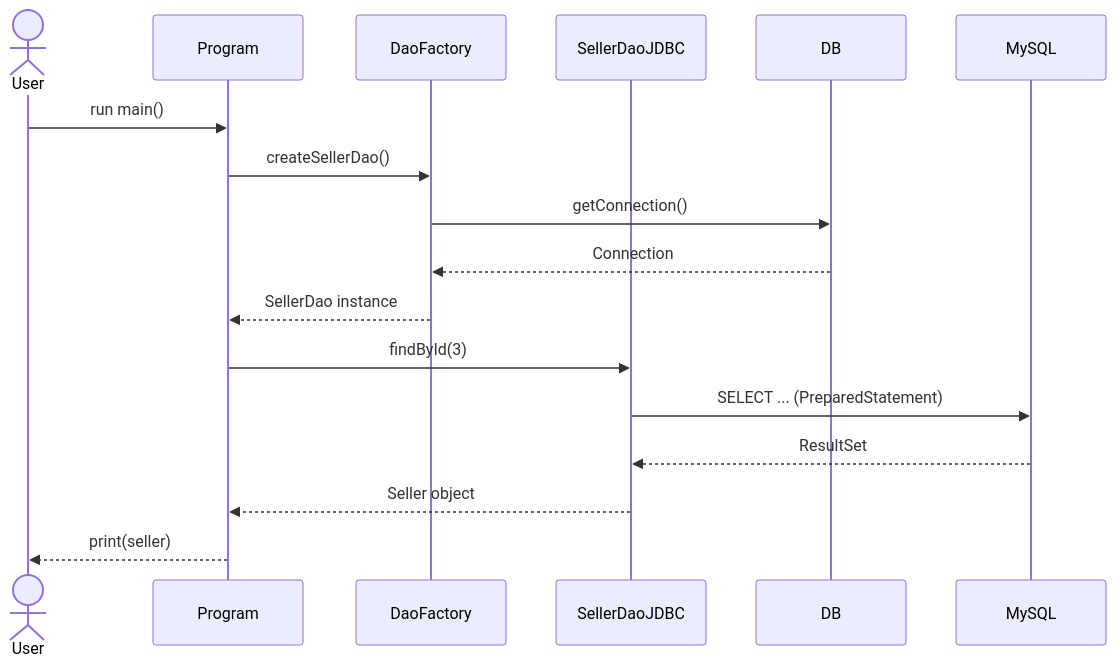
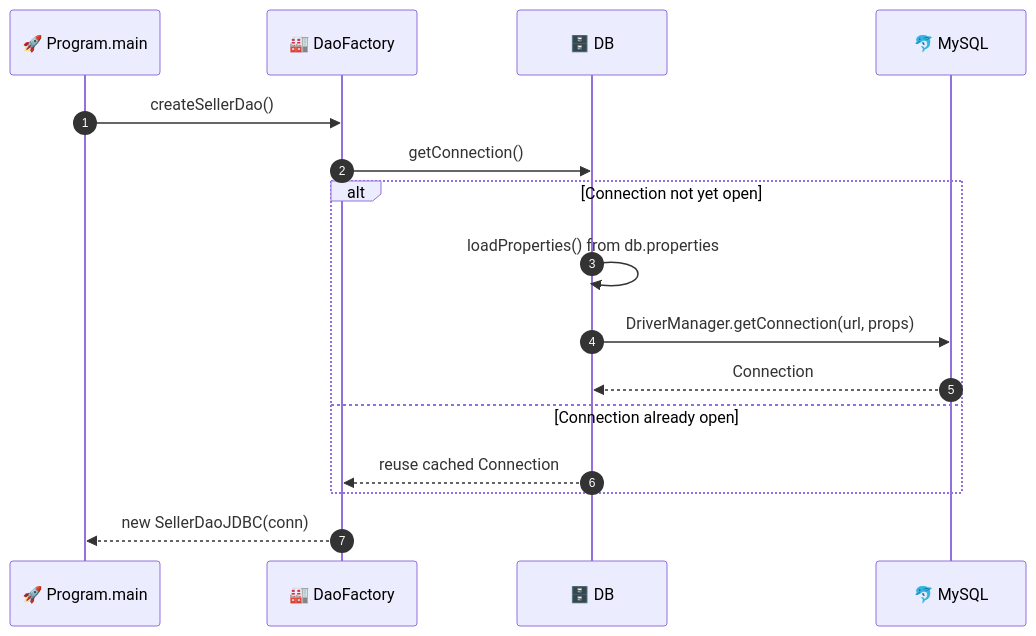
Before and after one commit to VictorHJesusSantiago/demo_dao_jdbc: the fourth of 8 diagrams in README.md, drawn with Mermaid. The commit also changed other lines of this file and 3 other files, not shown here.

````diff
--- a/README.md
+++ b/README.md
@@ -611,20 +588,19 @@
 ```mermaid
 sequenceDiagram
-    actor U as User
-    participant P as Program
-    participant F as DaoFactory
-    participant S as SellerDaoJDBC
-    participant D as DB
-    participant M as MySQL
+    autonumber
+    participant P as 🚀 Program.main
+    participant F as 🏭 DaoFactory
+    participant D as 🗄️ DB
+    participant M as 🐬 MySQL
 
-    U->>P: run main()
     P->>F: createSellerDao()
     F->>D: getConnection()
-    D-->>F: Connection
-    F-->>P: SellerDao instance
-    P->>S: findById(3)
-    S->>M: SELECT ... (PreparedStatement)
-    M-->>S: ResultSet
-    S-->>P: Seller object
-    P-->>U: print(seller)
+    alt Connection not yet open
+        D->>D: loadProperties() from db.properties
+        D->>M: DriverManager.getConnection(url, props)
+        M-->>D: Connection
+    else Connection already open
+        D-->>F: reuse cached Connection
+    end
+    F-->>P: new SellerDaoJDBC(conn)
 ```
````
